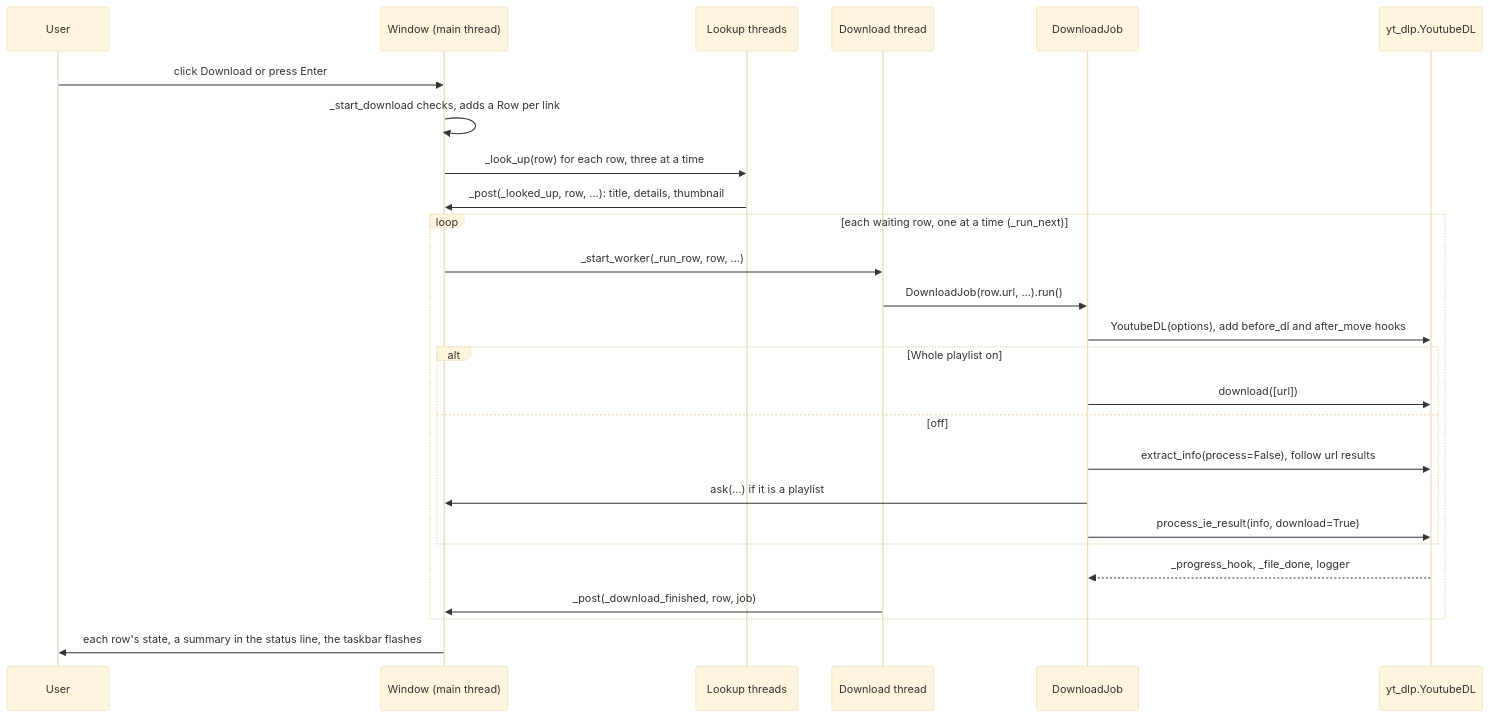
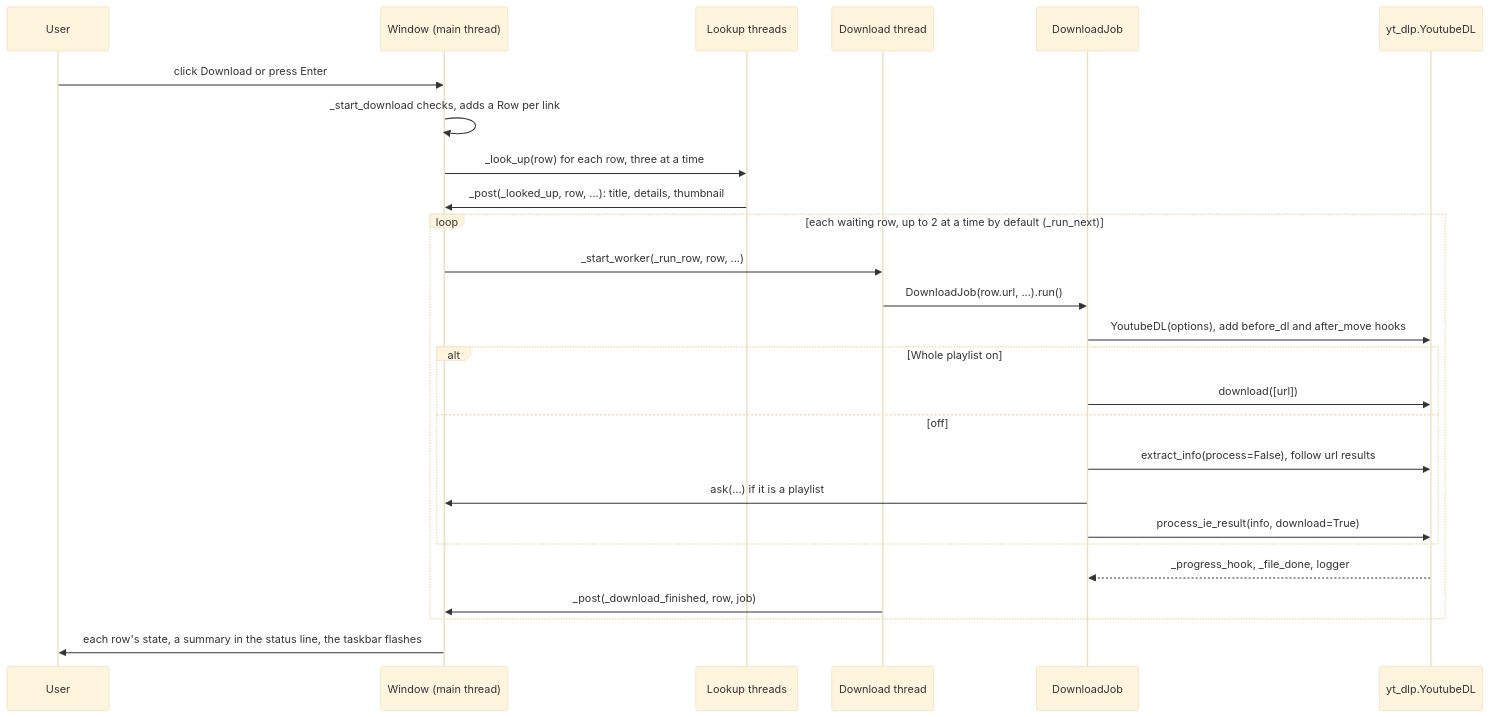
The first of 2 diagrams in docs/wiki/04-download-pipeline.md (lifeupnorth/YouTubeDownloader), drawn with Mermaid (base theme) before and after one commit. The commit also changed other lines of this file and 12 other files, not shown here.

````diff
--- a/docs/wiki/04-download-pipeline.md
+++ b/docs/wiki/04-download-pipeline.md
@@ -15,28 +15,28 @@
 ```mermaid
 sequenceDiagram
     participant U as User
     participant M as Window (main thread)
     participant L as Lookup threads
     participant D as Download thread
     participant J as DownloadJob
     participant Y as yt_dlp.YoutubeDL
     U->>M: click Download or press Enter
     M->>M: _start_download checks, adds a Row per link
     M->>L: _look_up(row) for each row, three at a time
     L->>M: _post(_looked_up, row, ...): title, details, thumbnail
-    loop each waiting row, one at a time (_run_next)
+    loop each waiting row, up to 2 at a time by default (_run_next)
         M->>D: _start_worker(_run_row, row, ...)
         D->>J: DownloadJob(row.url, ...).run()
         J->>Y: YoutubeDL(options), add before_dl and after_move hooks
         alt Whole playlist on
             J->>Y: download([url])
         else off
             J->>Y: extract_info(process=False), follow url results
             J->>M: ask(...) if it is a playlist
             J->>Y: process_ie_result(info, download=True)
         end
         Y-->>J: _progress_hook, _file_done, logger
         D->>M: _post(_download_finished, row, job)
     end
     M->>U: each row's state, a summary in the status line, the taskbar flashes
 ```
````
